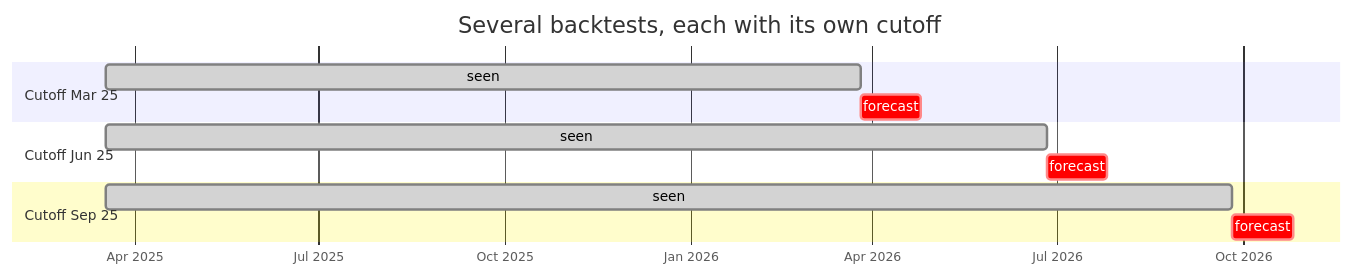
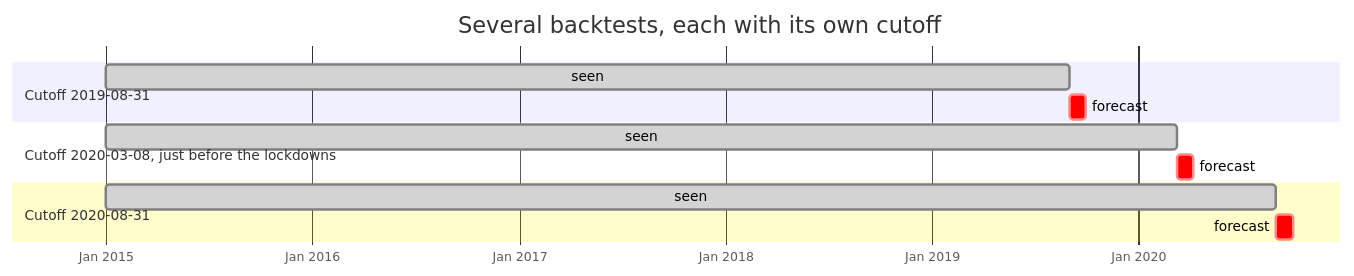
Before and after one commit to mourjo/zero-shot-forecasting: the ninth of 11 diagrams in docs/01-concepts.md, drawn with Mermaid. The commit also changed other lines of this file and 3 other files, not shown here.

````diff
--- a/docs/01-concepts.md
+++ b/docs/01-concepts.md
@@ -404,15 +414,15 @@
 ```mermaid
 gantt
     title Several backtests, each with its own cutoff
     dateFormat YYYY-MM-DD
     axisFormat %b %Y
-    section Cutoff Mar 25
-    seen       :done, 2025-03-18, 2026-03-26
-    forecast   :crit, 2026-03-26, 30d
-    section Cutoff Jun 25
-    seen       :done, 2025-03-18, 2026-06-26
-    forecast   :crit, 2026-06-26, 30d
-    section Cutoff Sep 25
-    seen       :done, 2025-03-18, 2026-09-26
-    forecast   :crit, 2026-09-26, 30d
+    section Cutoff 2019-08-31
+    seen       :done, 2015-01-01, 2019-09-01
+    forecast   :crit, 2019-09-01, 30d
+    section Cutoff 2020-03-08, just before the lockdowns
+    seen       :done, 2015-01-01, 2020-03-09
+    forecast   :crit, 2020-03-09, 30d
+    section Cutoff 2020-08-31
+    seen       :done, 2015-01-01, 2020-09-01
+    forecast   :crit, 2020-09-01, 30d
 ```
````
